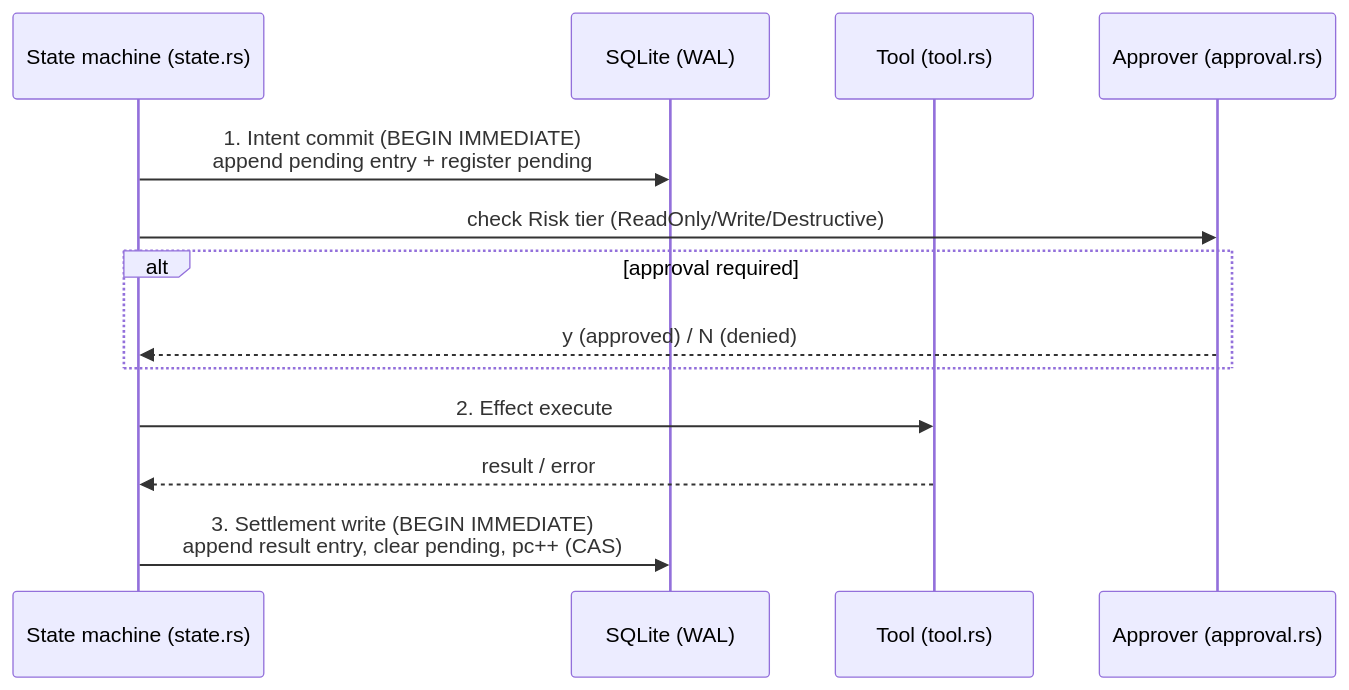
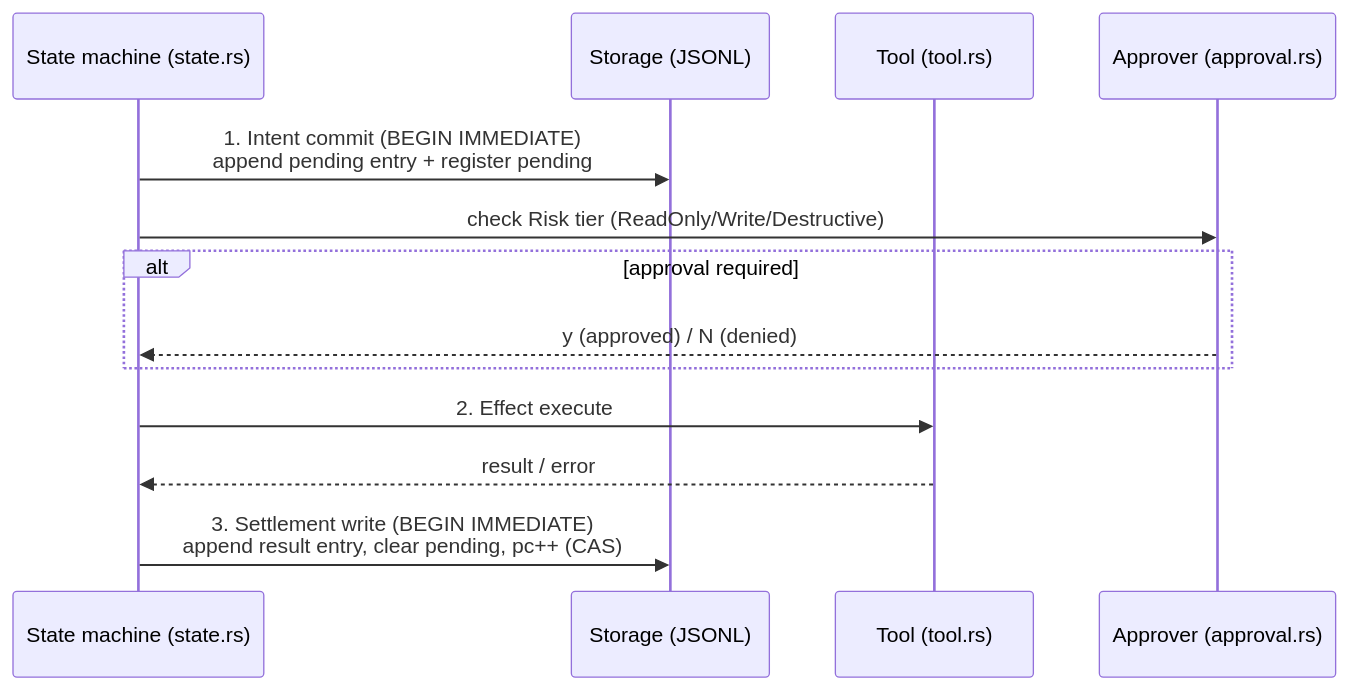
One commit to codecoradev/tole changed the third of 3 diagrams in docs/architecture.md. Above: the diagram before and after it, drawn with Mermaid. The commit also changed other lines of this file and 2 other files, not shown here.

First line of the commit message:
docs: switch session storage to JSONL per-session (industry pattern)

````diff
--- a/docs/architecture.md
+++ b/docs/architecture.md
@@ -91,16 +113,16 @@
 ```mermaid
 sequenceDiagram
     participant SM as State machine (state.rs)
-    participant DB as SQLite (WAL)
+    participant DB as Storage (JSONL)
     participant T as Tool (tool.rs)
     participant AP as Approver (approval.rs)
 
     SM->>DB: 1. Intent commit (BEGIN IMMEDIATE)<br/>append pending entry + register pending
     SM->>AP: check Risk tier (ReadOnly/Write/Destructive)
     alt approval required
         AP-->>SM: y (approved) / N (denied)
     end
     SM->>T: 2. Effect execute
     T-->>SM: result / error
     SM->>DB: 3. Settlement write (BEGIN IMMEDIATE)<br/>append result entry, clear pending, pc++ (CAS)
 ```
````
